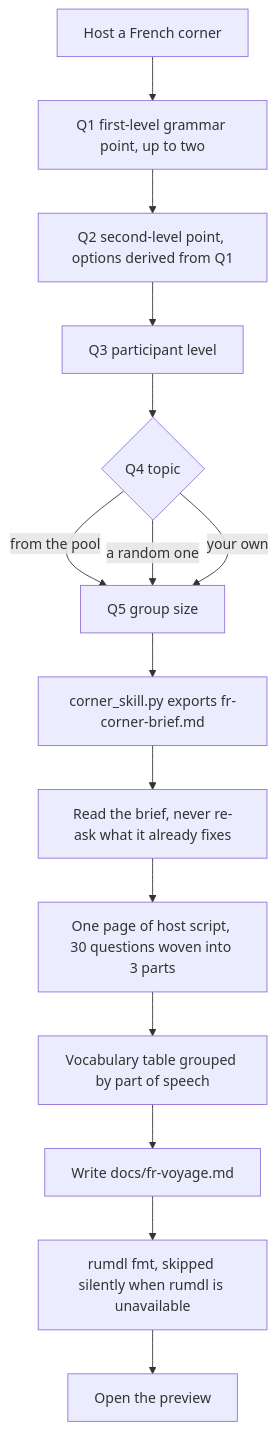
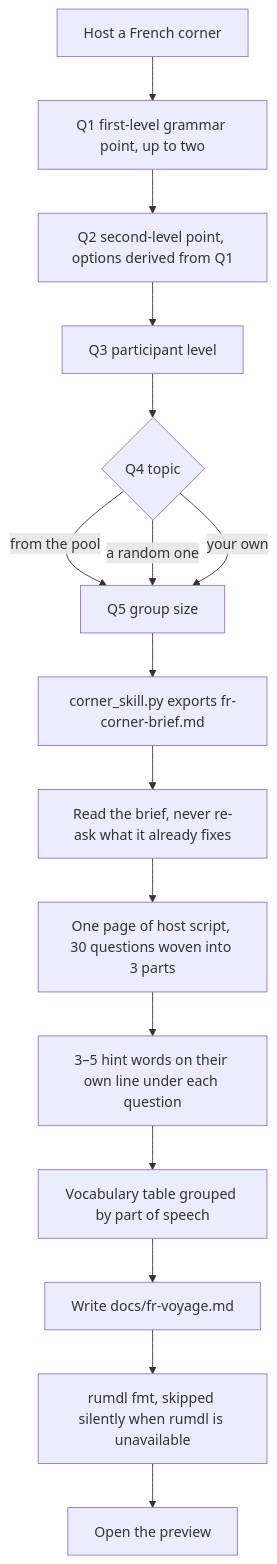
Before and after one commit to ivaquero/skills: the fifth of 10 diagrams in README.en.md, drawn with Mermaid. The commit also changed other lines of this file and 13 other files, not shown here.

````diff
--- a/README.en.md
+++ b/README.en.md
@@ -427,17 +427,18 @@
 ```mermaid
 flowchart TD
     A["Host a French corner"] --> Q1["Q1 first-level grammar point, up to two"]
     Q1 --> Q2["Q2 second-level point, options derived from Q1"]
     Q2 --> Q3["Q3 participant level"]
     Q3 --> Q4{"Q4 topic"}
     Q4 -->|from the pool| Q5
     Q4 -->|a random one| Q5
     Q4 -->|your own| Q5
     Q5["Q5 group size"] --> B["corner_skill.py exports fr-corner-brief.md"]
     B --> C["Read the brief, never re-ask what it already fixes"]
     C --> D["One page of host script, 30 questions woven into 3 parts"]
-    D --> E["Vocabulary table grouped by part of speech"]
-    E --> F["Write docs/fr-voyage.md"]
-    F --> G["rumdl fmt, skipped silently when rumdl is unavailable"]
-    G --> H["Open the preview"]
+    D --> E["3–5 hint words on their own line under each question"]
+    E --> F["Vocabulary table grouped by part of speech"]
+    F --> G["Write docs/fr-voyage.md"]
+    G --> H["rumdl fmt, skipped silently when rumdl is unavailable"]
+    H --> I["Open the preview"]
 ```
````
